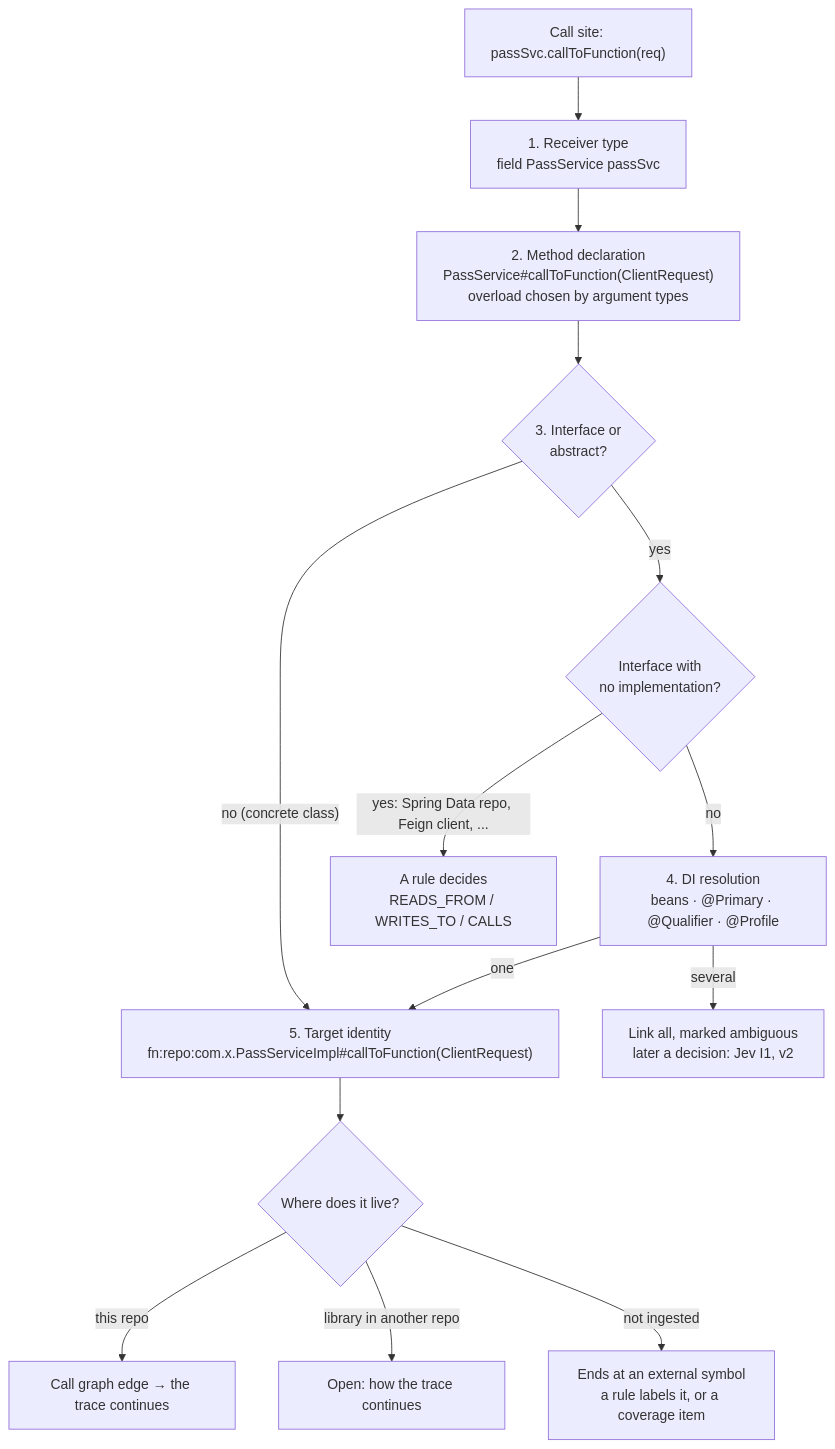
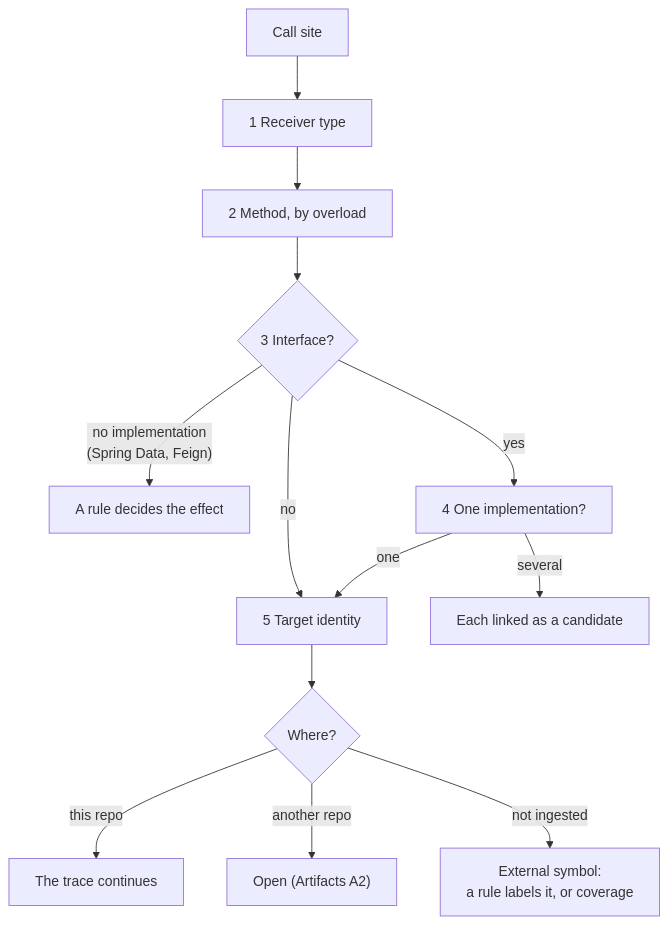
Before and after one commit to KBavis/steno: the second of 2 diagrams in docs/how-it-works/ingestion/resolvers.md, drawn with Mermaid. The commit also changed other lines of this file and 35 other files, not shown here.

First line of the commit message:
docs: simplify the docs and record D150 (flows-first routing)

````diff
--- a/docs/how-it-works/ingestion/resolvers.md
+++ b/docs/how-it-works/ingestion/resolvers.md
@@ -140,16 +75,15 @@
 ```mermaid
 flowchart TD
-    CS["Call site: passSvc.callToFunction(req)"] --> T1[1. Receiver type<br/>field PassService passSvc]
-    T1 --> T2["2. Method declaration<br/>PassService#callToFunction(ClientRequest)<br/>overload chosen by argument types"]
-    T2 --> T3{"3. Interface or<br/>abstract?"}
-    T3 -- "no (concrete class)" --> T5
-    T3 -- yes --> T4a{"Interface with<br/>no implementation?"}
-    T4a -- "yes: Spring Data repo, Feign client, ..." --> R[A rule decides<br/>READS_FROM / WRITES_TO / CALLS]
-    T4a -- "no" --> T4[4. DI resolution<br/>beans · @Primary · @Qualifier · @Profile]
-    T4 -- one --> T5["5. Target identity<br/>fn:repo:com.x.PassServiceImpl#callToFunction(ClientRequest)"]
-    T4 -- several --> J[Link all, marked ambiguous<br/>later a decision: Jev I1, v2]
-    T5 --> W{Where does it live?}
-    W -- "this repo" --> N1[Call graph edge → the trace continues]
-    W -- "library in another repo" --> N2[Open: how the trace continues]
-    W -- "not ingested" --> N3[Ends at an external symbol<br/>a rule labels it, or a coverage item]
+    CS["Call site"] --> T1["1 Receiver type"]
+    T1 --> T2["2 Method, by overload"]
+    T2 --> T3{"3 Interface?"}
+    T3 -- no --> T5["5 Target identity"]
+    T3 -- "no implementation<br/>(Spring Data, Feign)" --> R["A rule decides the effect"]
+    T3 -- yes --> T4["4 One implementation?"]
+    T4 -- one --> T5
+    T4 -- several --> J["Each linked as a candidate"]
+    T5 --> W{"Where?"}
+    W -- "this repo" --> N1["The trace continues"]
+    W -- "another repo" --> N2["Open (Artifacts A2)"]
+    W -- "not ingested" --> N3["External symbol:<br/>a rule labels it, or coverage"]
 ```
````
